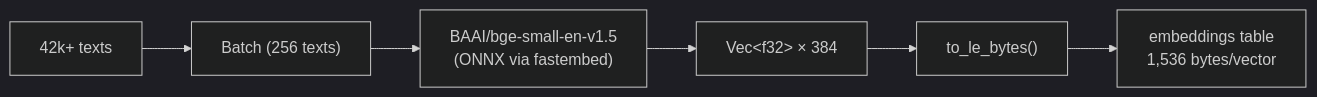
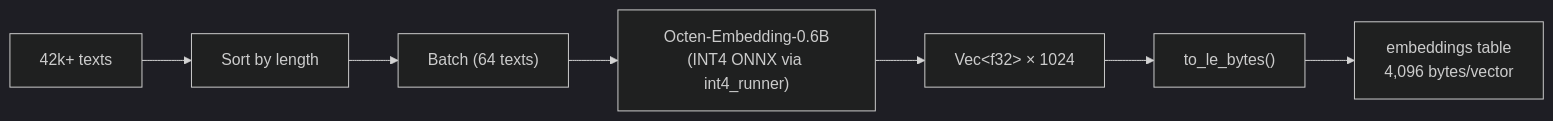
One commit to geoffsee/proseva changed the seventh of 8 diagrams in packages/embeddings/README.md. Above: the diagram before and after it, drawn with Mermaid (dark theme). The commit also changed other lines of this file and 7 other files, not shown here.

````diff
--- a/packages/embeddings/README.md
+++ b/packages/embeddings/README.md
@@ -273,8 +325,9 @@
 ```mermaid
 flowchart LR
-    TEXTS["42k+ texts"] --> BATCH["Batch (256 texts)"]
-    BATCH --> MODEL["BAAI/bge-small-en-v1.5<br/>(ONNX via fastembed)"]
-    MODEL --> VEC["Vec&lt;f32&gt; × 384"]
+    TEXTS["42k+ texts"] --> SORT["Sort by length"]
+    SORT --> BATCH["Batch (64 texts)"]
+    BATCH --> MODEL["Octen-Embedding-0.6B<br/>(INT4 ONNX via int4_runner)"]
+    MODEL --> VEC["Vec&lt;f32&gt; × 1024"]
     VEC --> BLOB["to_le_bytes()"]
-    BLOB --> DB["embeddings table<br/>1,536 bytes/vector"]
+    BLOB --> DB["embeddings table<br/>4,096 bytes/vector"]
 ```
````
